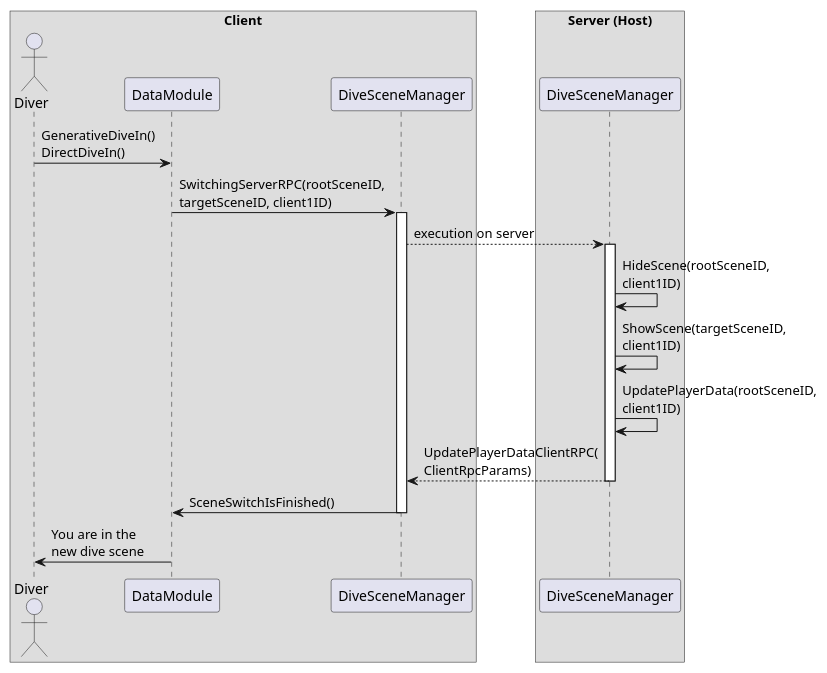
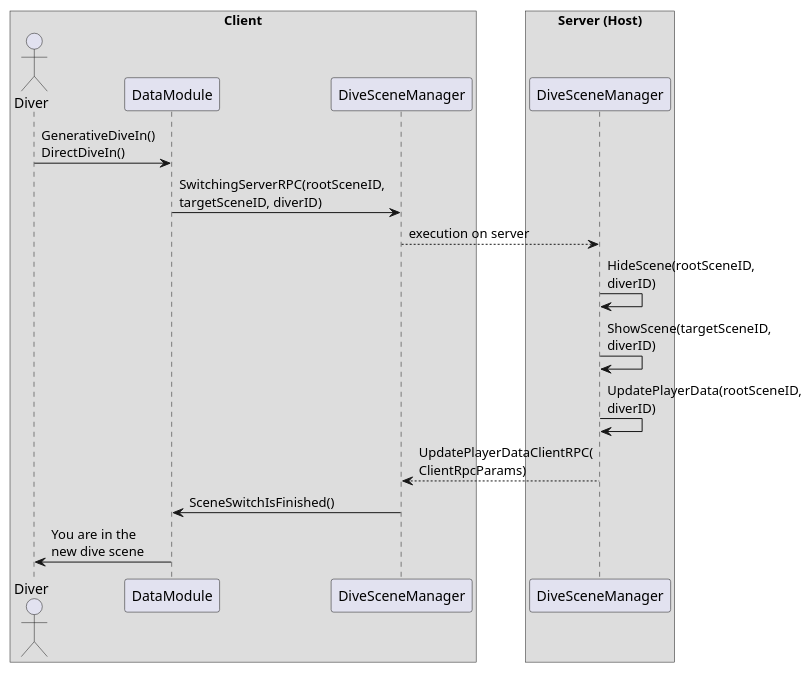
One commit to ecell/ECell_Dive changed the diagram in DocFX/articles/Dev/about_scenes.md. Above: the diagram before and after it, drawn with PlantUML. The commit also changed other lines of this file and 7 other files, not shown here.

````diff
--- a/DocFX/articles/Dev/about_scenes.md
+++ b/DocFX/articles/Dev/about_scenes.md
@@ -50,29 +50,29 @@
 ```plantuml
 @startuml component
 
 box **Client**
 actor Diver as d
 participant DataModule as DMC1
 participant DiveSceneManager as DSMC1
 endbox
 
 box **Server (Host)**
 participant DiveSceneManager as DSMH
 endbox
 
 d -> DMC1: GenerativeDiveIn()\nDirectDiveIn()
-DMC1 -> DSMC1 ++: SwitchingServerRPC(rootSceneID,\ntargetSceneID, client1ID)
+DMC1 -> DSMC1: SwitchingServerRPC(rootSceneID,\ntargetSceneID, diverID)
 
-DSMC1 --> DSMH ++: execution on server
-DSMH -> DSMH: HideScene(rootSceneID,\nclient1ID)
-DSMH -> DSMH: ShowScene(targetSceneID,\nclient1ID)
-DSMH -> DSMH: UpdatePlayerData(rootSceneID,\nclient1ID)
+DSMC1 --> DSMH: execution on server
+DSMH -> DSMH: HideScene(rootSceneID,\ndiverID)
+DSMH -> DSMH: ShowScene(targetSceneID,\ndiverID)
+DSMH -> DSMH: UpdatePlayerData(rootSceneID,\ndiverID)
 
 DSMH --> DSMC1 --: UpdatePlayerDataClientRPC(\nClientRpcParams)
 
 DSMC1 -> DMC1 --: SceneSwitchIsFinished()
 
 DMC1 -> d: You are in the\nnew dive scene
 
 @enduml
 ```
````
